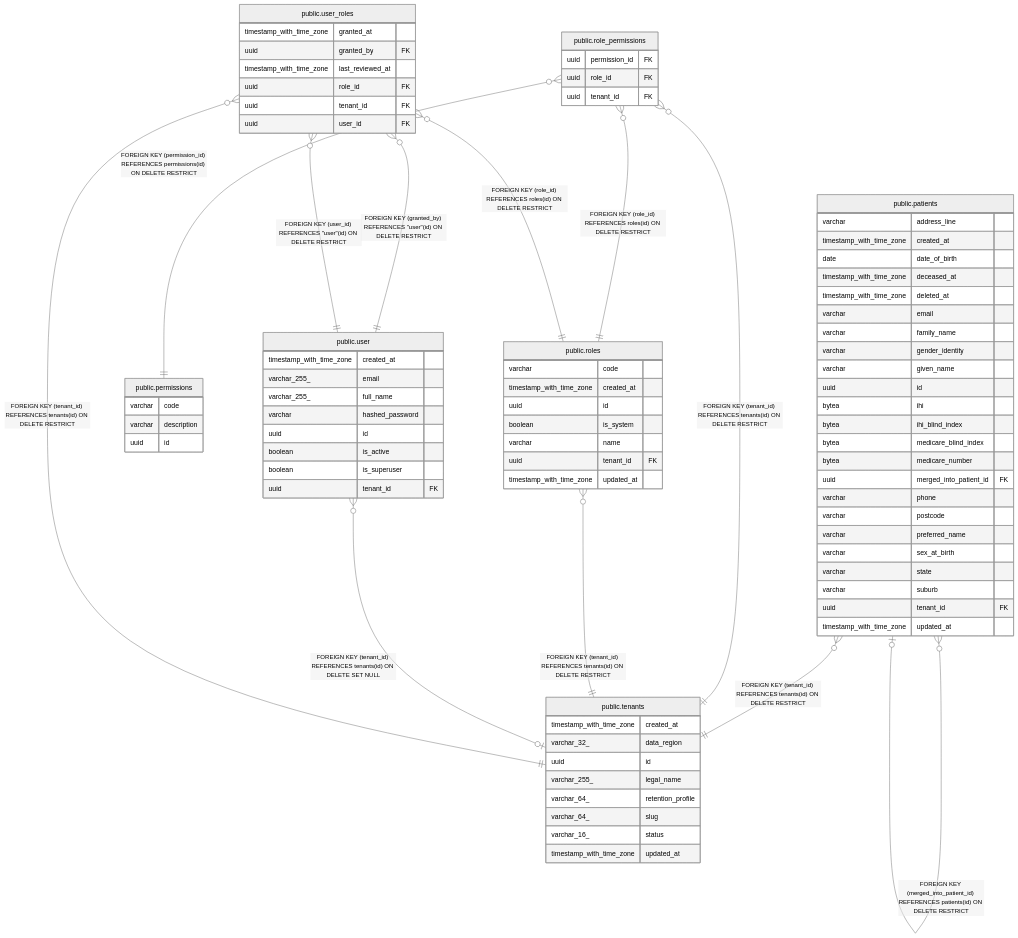
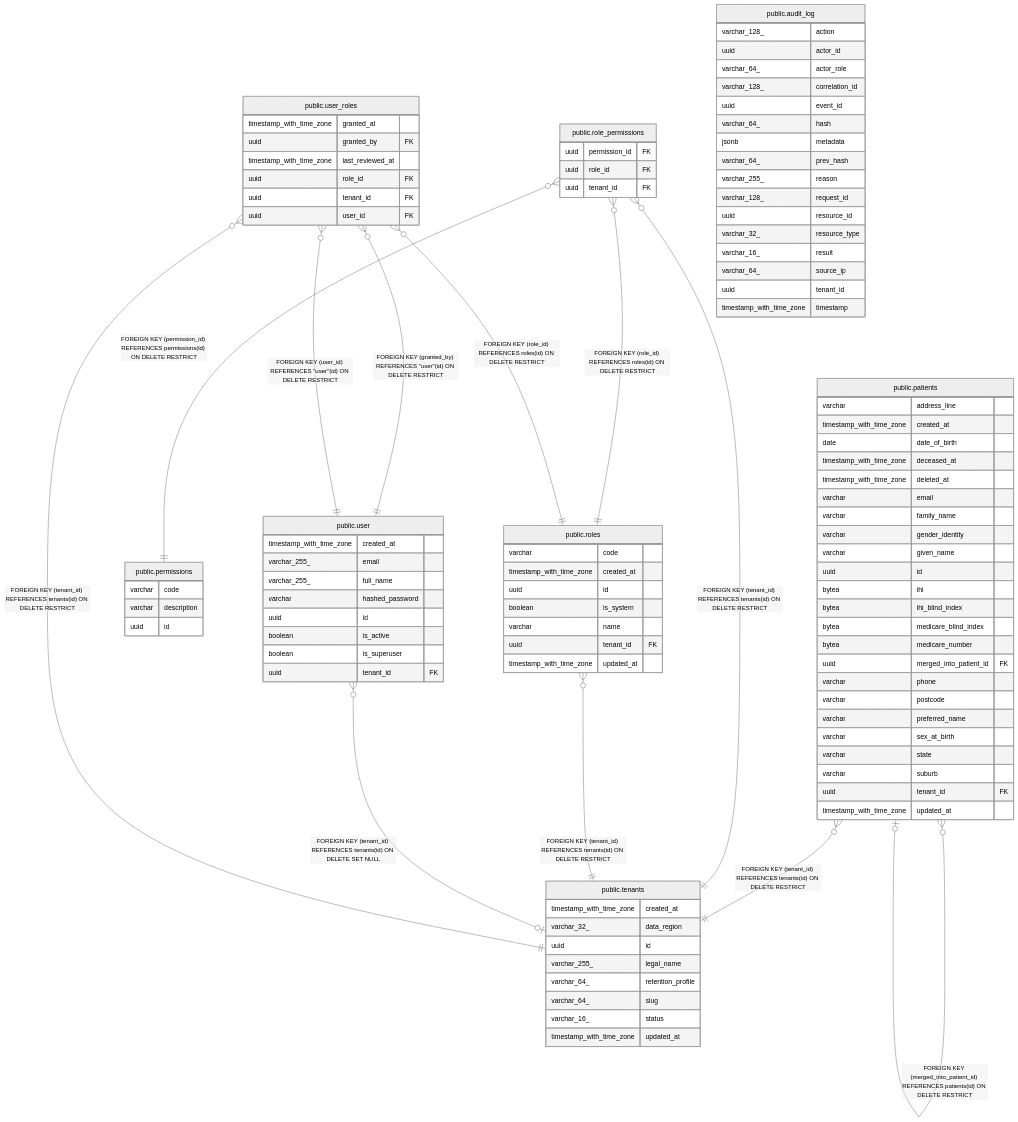
Before and after one commit to irajput215/clinic-os: the diagram in docs/reference/schema/README.md, drawn with Mermaid (neutral theme). The commit also changed other lines of this file and 31 other files, not shown here.

First line of the commit message:
feat(audit): append-only, hash-chained audit log (Feature 04)

```diff
--- a/docs/reference/schema/README.md
+++ b/docs/reference/schema/README.md
@@ -44,6 +45,24 @@
 "public.user_roles" }o--|| "public.tenants" : "FOREIGN KEY (tenant_id) REFERENCES tenants(id) ON DELETE RESTRICT"
 "public.user_roles" }o--|| "public.roles" : "FOREIGN KEY (role_id) REFERENCES roles(id) ON DELETE RESTRICT"
 
+"public.audit_log" {
+  varchar_128_ action
+  uuid actor_id
+  varchar_64_ actor_role
+  varchar_128_ correlation_id
+  uuid event_id
+  varchar_64_ hash
+  jsonb metadata
+  varchar_64_ prev_hash
+  varchar_255_ reason
+  varchar_128_ request_id
+  uuid resource_id
+  varchar_32_ resource_type
+  varchar_16_ result
+  varchar_64_ source_ip
+  uuid tenant_id
+  timestamp_with_time_zone timestamp
+}
 "public.patients" {
   varchar address_line
   timestamp_with_time_zone created_at
```
